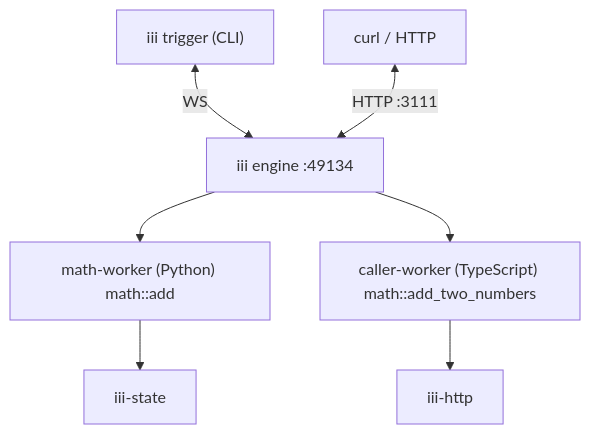
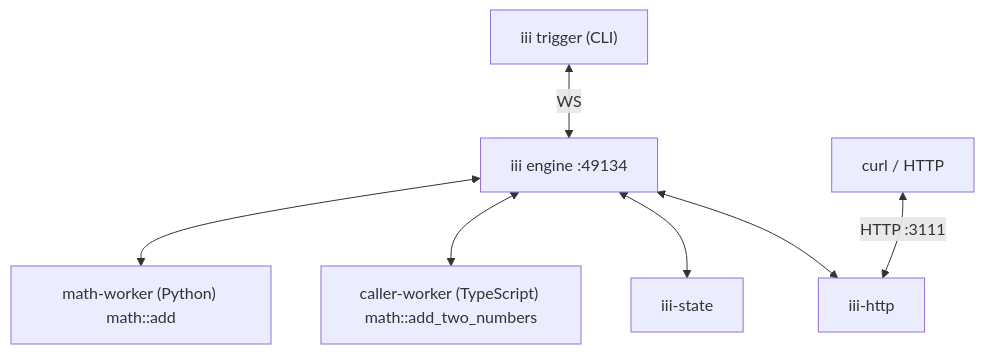
One commit to iii-hq/iii changed the diagram in docs/understanding-iii/index.mdx. Above: the diagram before and after it, drawn with Mermaid. The commit also changed other lines of this file and 107 other files, not shown here.

Commit message:
docs(0.12.x followup-4): landing + understanding-iii copy pass, topology diagram fix (#1639)

````diff
--- a/docs/understanding-iii/index.mdx
+++ b/docs/understanding-iii/index.mdx
@@ -47,11 +61,10 @@
 ```mermaid
 graph TD
   CLI["iii trigger (CLI)"] <-->|WS| Engine["iii engine :49134"]
-  HTTP["curl / HTTP"] <-->|HTTP :3111| Engine
+  HTTP["curl / HTTP"] <-->|HTTP :3111| HttpWorker
 
-  Engine --> Math["math-worker (Python) math::add"]
-  Engine --> Caller["caller-worker (TypeScript) math::add_two_numbers"]
-
-  Math --> State["iii-state"]
-  Caller --> HttpWorker["iii-http"]
+  Engine <--> Math["math-worker (Python) math::add"]
+  Engine <--> Caller["caller-worker (TypeScript) math::add_two_numbers"]
+  Engine <--> State["iii-state"]
+  Engine <--> HttpWorker["iii-http"]
 ```
````
